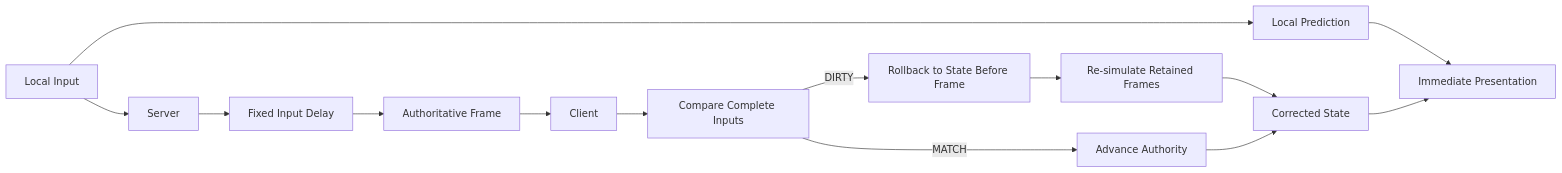
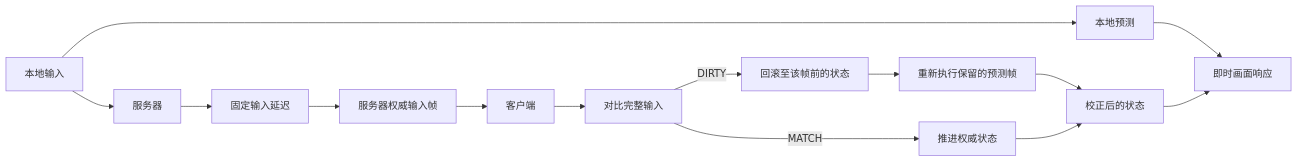
Before and after one commit to shaobaichen/LockstepArena_Portfolio: the second of 3 diagrams in Docs/ARCHITECTURE.md, drawn with Mermaid. The commit also changed other lines of this file, not shown here.

Commit message:
docs: translate Docs/ARCHITECTURE.md into Chinese

````diff
--- a/Docs/ARCHITECTURE.md
+++ b/Docs/ARCHITECTURE.md
@@ -37,16 +37,16 @@
 ```mermaid
 flowchart LR
-    Input[Local Input] --> Predict[Local Prediction]
-    Predict --> Immediate[Immediate Presentation]
-    Input --> Server[Server]
-    Server --> Delay[Fixed Input Delay]
-    Delay --> Authority[Authoritative Frame]
-    Authority --> Client[Client]
-    Client --> Compare[Compare Complete Inputs]
-    Compare -->|MATCH| Advance[Advance Authority]
-    Compare -->|DIRTY| Restore[Rollback to State Before Frame]
-    Restore --> Resim[Re-simulate Retained Frames]
-    Resim --> Corrected[Corrected State]
+    Input[本地输入] --> Predict[本地预测]
+    Predict --> Immediate[即时画面响应]
+    Input --> Server[服务器]
+    Server --> Delay[固定输入延迟]
+    Delay --> Authority[服务器权威输入帧]
+    Authority --> Client[客户端]
+    Client --> Compare[对比完整输入]
+    Compare -->|MATCH| Advance[推进权威状态]
+    Compare -->|DIRTY| Restore[回滚至该帧前的状态]
+    Restore --> Resim[重新执行保留的预测帧]
+    Resim --> Corrected[校正后的状态]
     Advance --> Corrected
     Corrected --> Immediate
 ```
````
